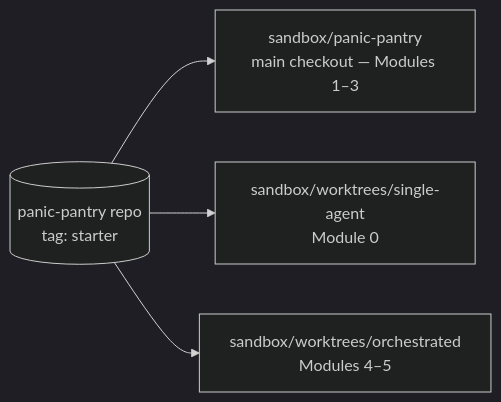
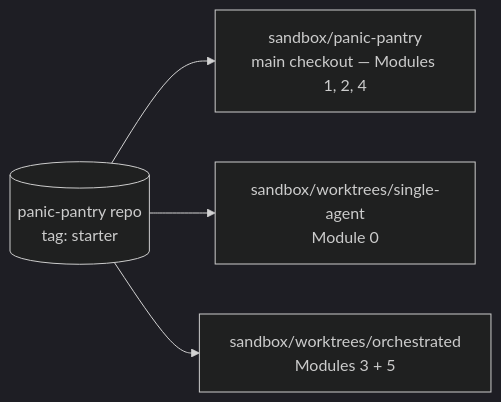
The diagram in student/README.md (varoonsahgal/opencode-orchestration), drawn with Mermaid (dark theme) before and after one commit. The commit also changed other lines of this file and 20 other files, not shown here.

````diff
--- a/student/README.md
+++ b/student/README.md
@@ -62,6 +62,6 @@
 ```mermaid
 flowchart LR
-    R[("panic-pantry repo<br/>tag: starter")] --> M["sandbox/panic-pantry<br/>main checkout — Modules 1–3"]
+    R[("panic-pantry repo<br/>tag: starter")] --> M["sandbox/panic-pantry<br/>main checkout — Modules 1, 2, 4"]
     R --> W1["sandbox/worktrees/single-agent<br/>Module 0"]
-    R --> W2["sandbox/worktrees/orchestrated<br/>Modules 4–5"]
+    R --> W2["sandbox/worktrees/orchestrated<br/>Modules 3 + 5"]
 ```
````
